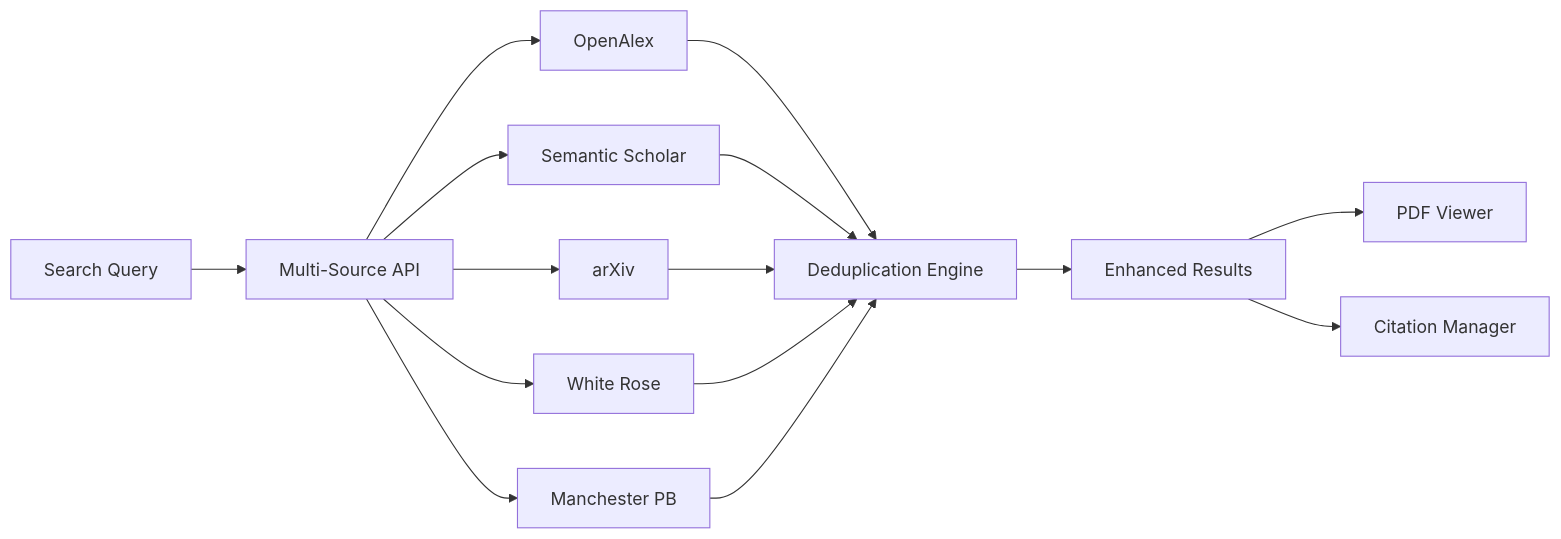
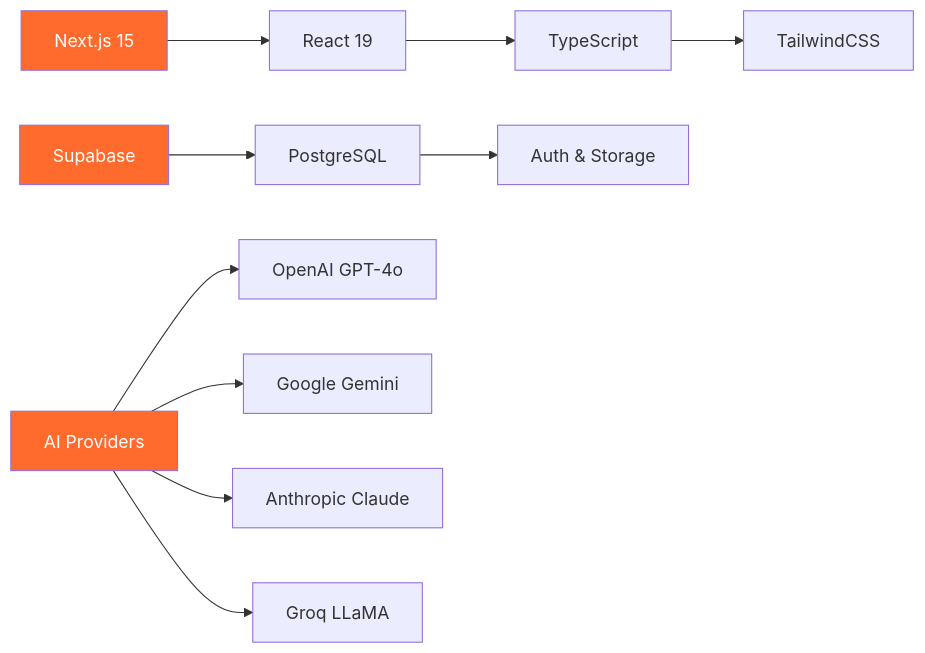
The first of 6 diagrams in README.md (Kedhareswer/thesisflow-ai), drawn with Mermaid before and after one commit. The commit also changed other lines of this file and 1 other file, not shown here.

````diff
--- a/README.md
+++ b/README.md
@@ -109,17 +20,18 @@
 ```mermaid
 graph LR
-    A[Search Query] --> B[Multi-Source API]
-    B --> C[OpenAlex]
-    B --> D[Semantic Scholar]
-    B --> E[arXiv]
-    B --> F[White Rose]
-    B --> G[Manchester PB]
-    C --> H[Deduplication Engine]
-    D --> H
-    E --> H
-    F --> H
-    G --> H
-    H --> I[Enhanced Results]
-    I --> J[PDF Viewer]
-    I --> K[Citation Manager]
+    A[Next.js 15] --> B[React 19]
+    B --> C[TypeScript]
+    C --> D[TailwindCSS]
+    
+    E[Supabase] --> F[PostgreSQL]
+    F --> G[Auth & Storage]
+    
+    H[AI Providers] --> I[OpenAI GPT-4o]
+    H --> J[Google Gemini]
+    H --> K[Anthropic Claude]
+    H --> L[Groq LLaMA]
+    
+    style A fill:#FF6B2C,color:#fff
+    style E fill:#FF6B2C,color:#fff
+    style H fill:#FF6B2C,color:#fff
 ```
````
